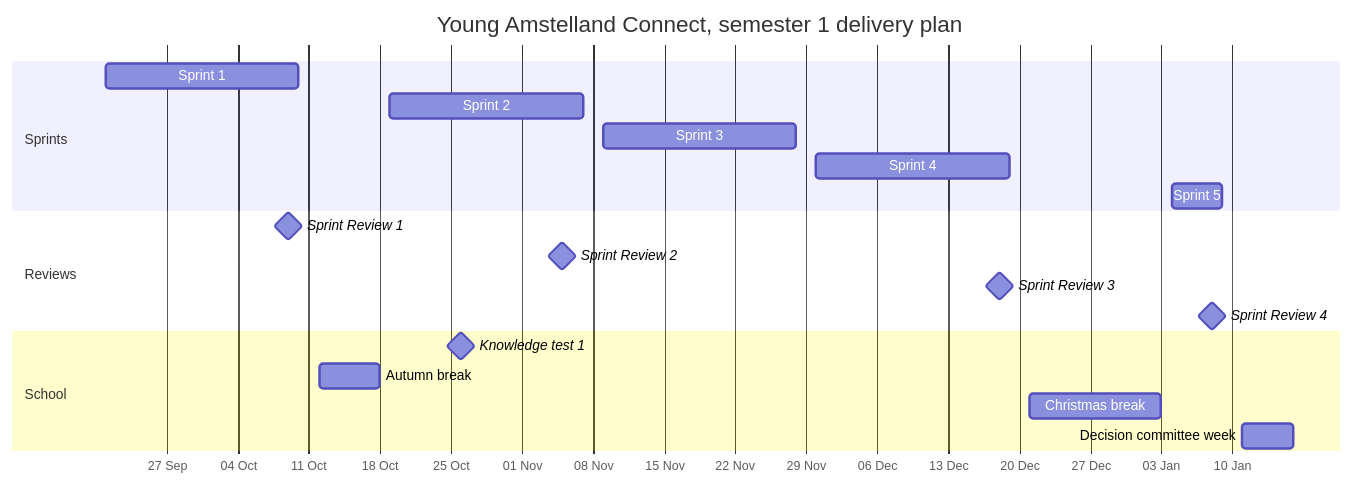
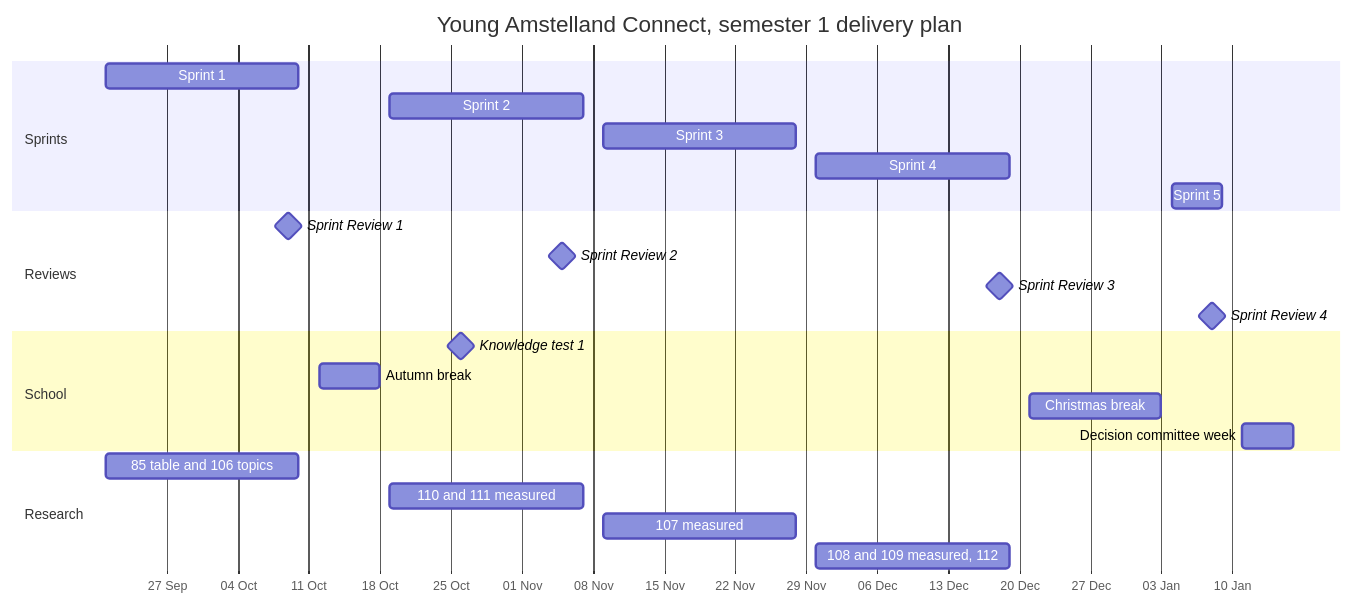
One commit to guruITA/connect-nine changed the diagram in docs/project/deliveryPlan.md. Above: the diagram before and after it, drawn with Mermaid. The commit also changed other lines of this file and 18 other files, not shown here.

Commit message:
docs(docs): add diagrams, the research plan and mark the agreement as a draft (#1)

````diff
--- a/docs/project/deliveryPlan.md
+++ b/docs/project/deliveryPlan.md
@@ -254,25 +267,31 @@
 ```mermaid
 gantt
     title Young Amstelland Connect, semester 1 delivery plan
     dateFormat YYYY-MM-DD
     axisFormat %d %b
 
     section Sprints
     Sprint 1                       :s1, 2026-09-21, 2026-10-10
     Sprint 2                       :s2, 2026-10-19, 2026-11-07
     Sprint 3                       :s3, 2026-11-09, 2026-11-28
     Sprint 4                       :s4, 2026-11-30, 2026-12-19
     Sprint 5                       :s5, 2027-01-04, 2027-01-09
 
     section Reviews
     Sprint Review 1                :milestone, sr1, 2026-10-09, 0d
     Sprint Review 2                :milestone, sr2, 2026-11-05, 0d
     Sprint Review 3                :milestone, sr3, 2026-12-18, 0d
     Sprint Review 4                :milestone, sr4, 2027-01-08, 0d
 
     section School
     Knowledge test 1               :milestone, kt1, 2026-10-26, 0d
     Autumn break                   :ab, 2026-10-12, 2026-10-18
     Christmas break                :cb, 2026-12-21, 2027-01-03
     Decision committee week        :dc, 2027-01-11, 2027-01-16
+
+    section Research
+    85 table and 106 topics     :r1, 2026-09-21, 2026-10-10
+    110 and 111 measured           :r2, 2026-10-19, 2026-11-07
+    107 measured                   :r3, 2026-11-09, 2026-11-28
+    108 and 109 measured, 112     :r4, 2026-11-30, 2026-12-19
 ```
````
